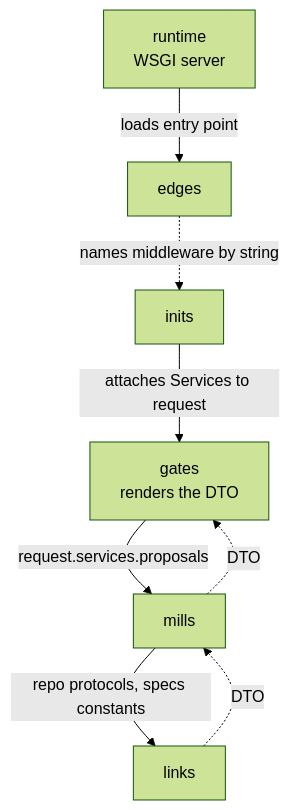
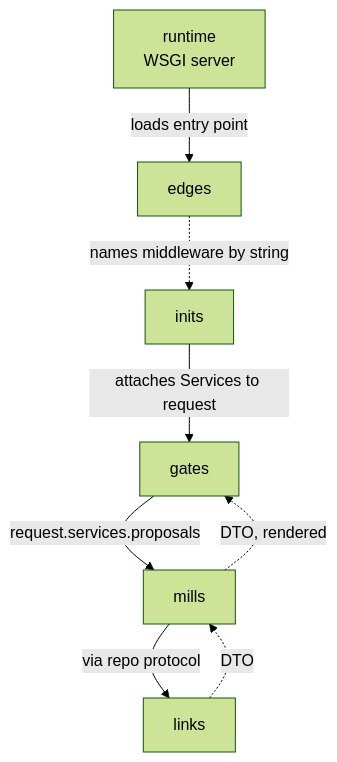
One commit to fancysnake/glimpse-architecture changed the diagram in docs/patterns/lifecycle.md. Above: the diagram before and after it, drawn with Mermaid (forest theme). The commit also changed 2 other files, not shown here.

Commit message:
chore: act on the review triage

````diff
--- a/docs/patterns/lifecycle.md
+++ b/docs/patterns/lifecycle.md
@@ -10,12 +10,11 @@
 ```mermaid
 flowchart TD
     runtime["runtime<br/>WSGI server"]
-    gates["gates<br/>renders the DTO"]
     runtime -- "loads entry point" --> edges
     edges -. "names middleware by string" .-> inits
     inits -- "attaches Services to request" --> gates
     gates -- "request.services.proposals" --> mills
-    mills -- "repo protocols, specs constants" --> links
+    mills -- "via repo protocol" --> links
     links -. "DTO" .-> mills
-    mills -. "DTO" .-> gates
+    mills -. "DTO, rendered" .-> gates
 ```
````
